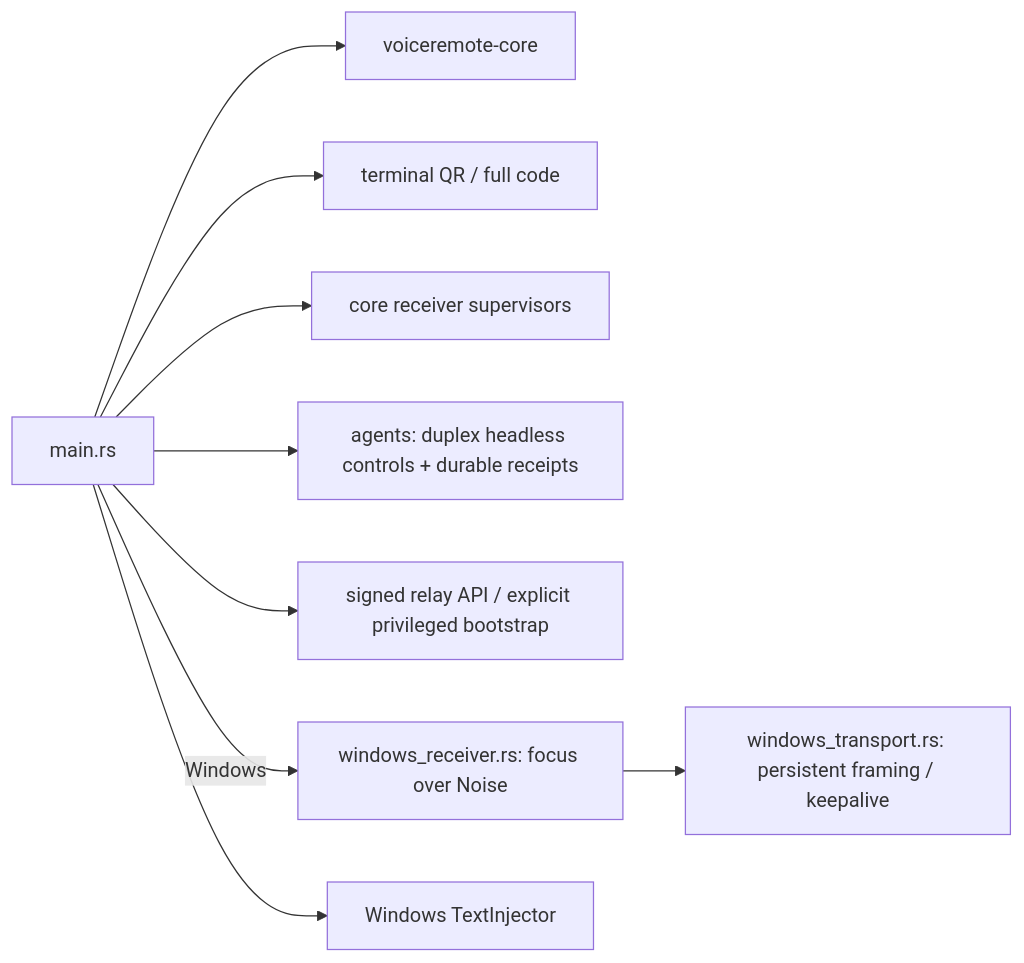
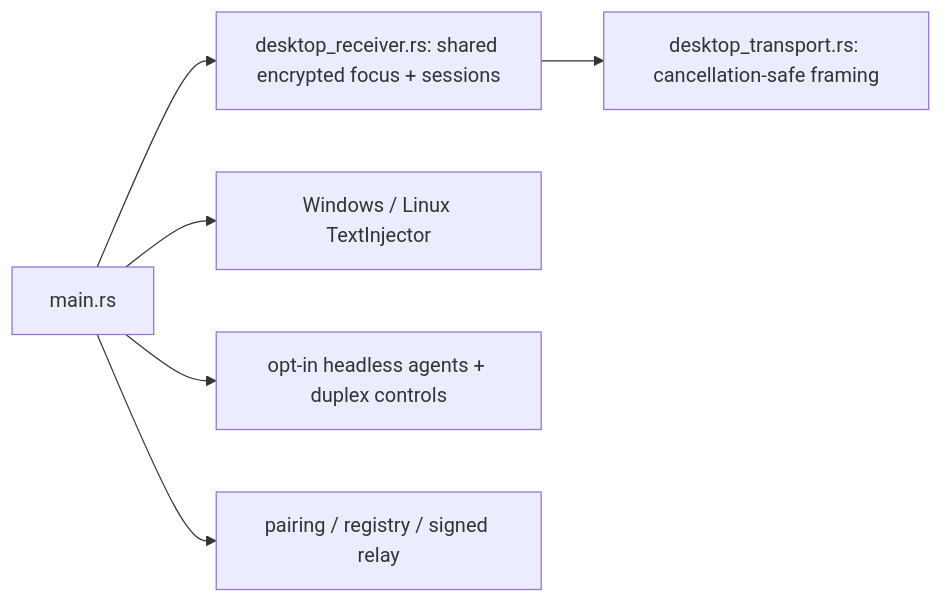
Before and after one commit to Harwasch/voiceremote: the diagram in SW/desktop/crates/app/src/README.md, drawn with Mermaid. The commit also changed other lines of this file and 28 other files, not shown here.

Commit message:
SW: Linux text injection and focus report

````diff
--- a/SW/desktop/crates/app/src/README.md
+++ b/SW/desktop/crates/app/src/README.md
@@ -1,11 +1,8 @@
 ```mermaid
 flowchart LR
-    main[main.rs] --> Core[voiceremote-core]
-    main --> QR[terminal QR / full code]
-    main --> Headless[core receiver supervisors]
-    main --> Agents[agents: duplex headless controls + durable receipts]
-    main --> Relay[signed relay API / explicit privileged bootstrap]
-    main -->|Windows| Win[windows_receiver.rs: focus over Noise]
-    Win --> Wire[windows_transport.rs: persistent framing / keepalive]
-    main --> Inject[Windows TextInjector]
+    main[main.rs] --> Receiver[desktop_receiver.rs: shared encrypted focus + sessions]
+    Receiver --> Wire[desktop_transport.rs: cancellation-safe framing]
+    main --> Inject[Windows / Linux TextInjector]
+    main --> Agents[opt-in headless agents + duplex controls]
+    main --> Core[pairing / registry / signed relay]
 ```
````
